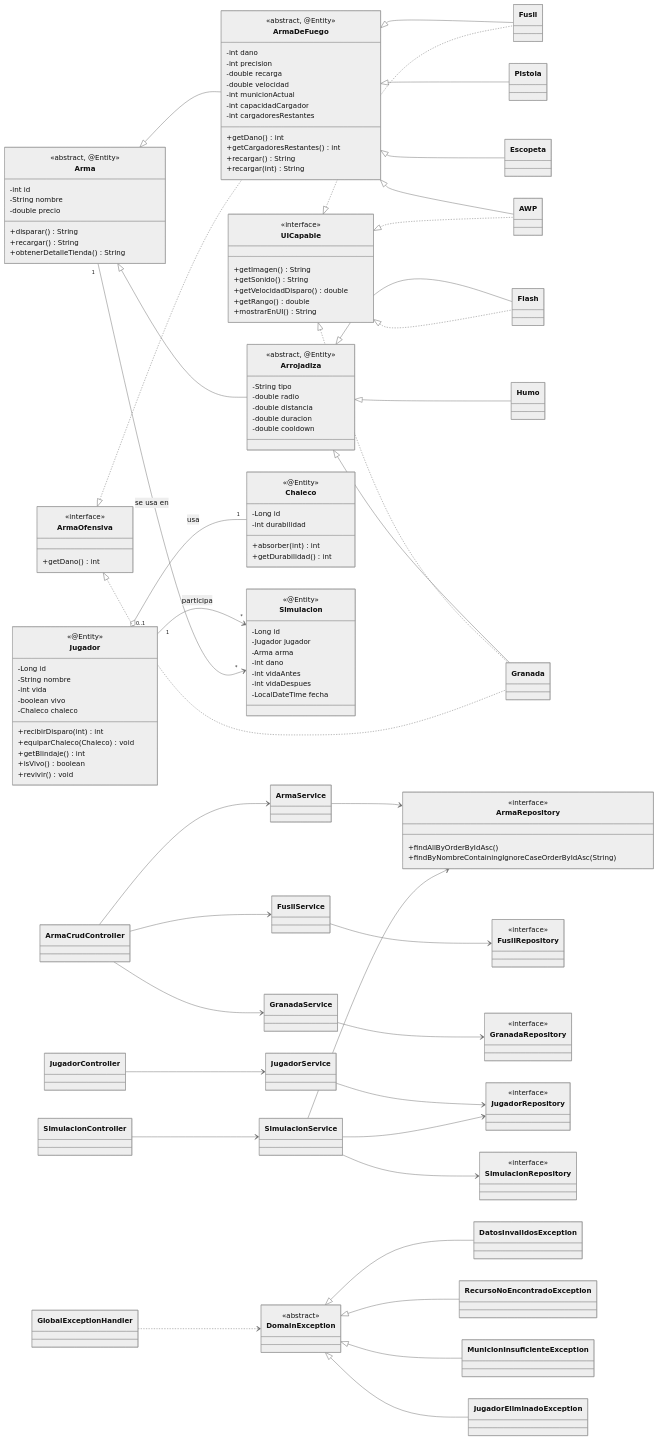
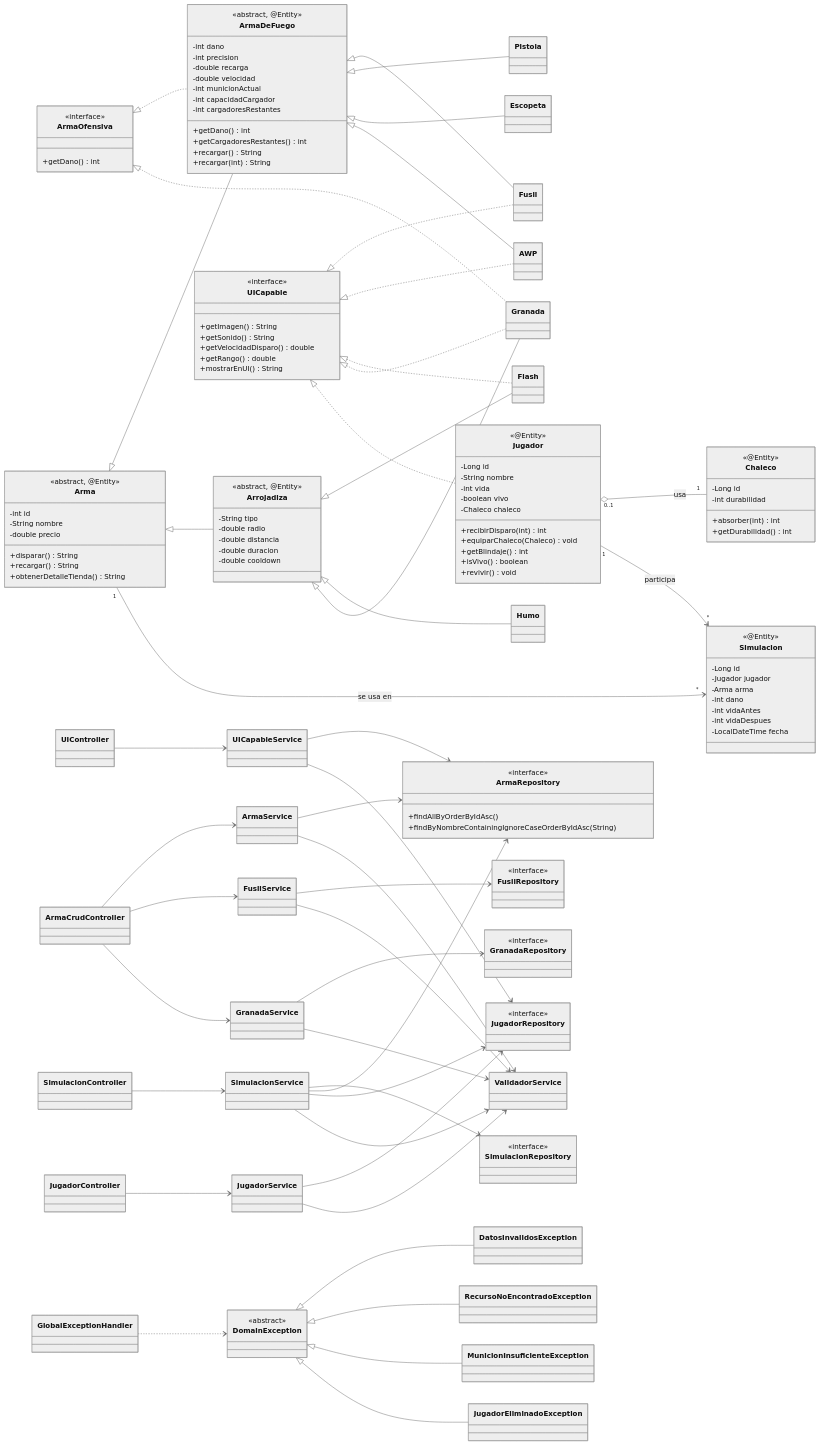
Before and after one commit to MigueMedina/mmedina-tplp3-2026: the first of 2 diagrams in README.md, drawn with Mermaid (neutral theme). The commit also changed other lines of this file and 1 other file, not shown here.

Commit message:
docs: alinear README y bitácora con las reglas en service

````diff
--- a/README.md
+++ b/README.md
@@ -214,11 +216,14 @@
     class ArmaCrudController
     class JugadorController
     class SimulacionController
+    class UIController
     class ArmaService
     class FusilService
     class GranadaService
     class JugadorService
     class SimulacionService
+    class UICapableService
+    class ValidadorService
 
     class DomainException {
         <<abstract>>
@@ -243,6 +248,7 @@
     UICapable <|.. AWP
     UICapable <|.. Flash
     UICapable <|.. Granada
+    UICapable <|.. Jugador
     ArmaOfensiva <|.. ArmaDeFuego
     ArmaOfensiva <|.. Granada
 
@@ -267,5 +273,13 @@
     SimulacionService --> SimulacionRepository
     SimulacionService --> ArmaRepository
     SimulacionService --> JugadorRepository
+    UIController --> UICapableService
+    UICapableService --> ArmaRepository
+    UICapableService --> JugadorRepository
+    ArmaService --> ValidadorService
+    FusilService --> ValidadorService
+    GranadaService --> ValidadorService
+    JugadorService --> ValidadorService
+    SimulacionService --> ValidadorService
     GlobalExceptionHandler ..> DomainException
 ```
````
